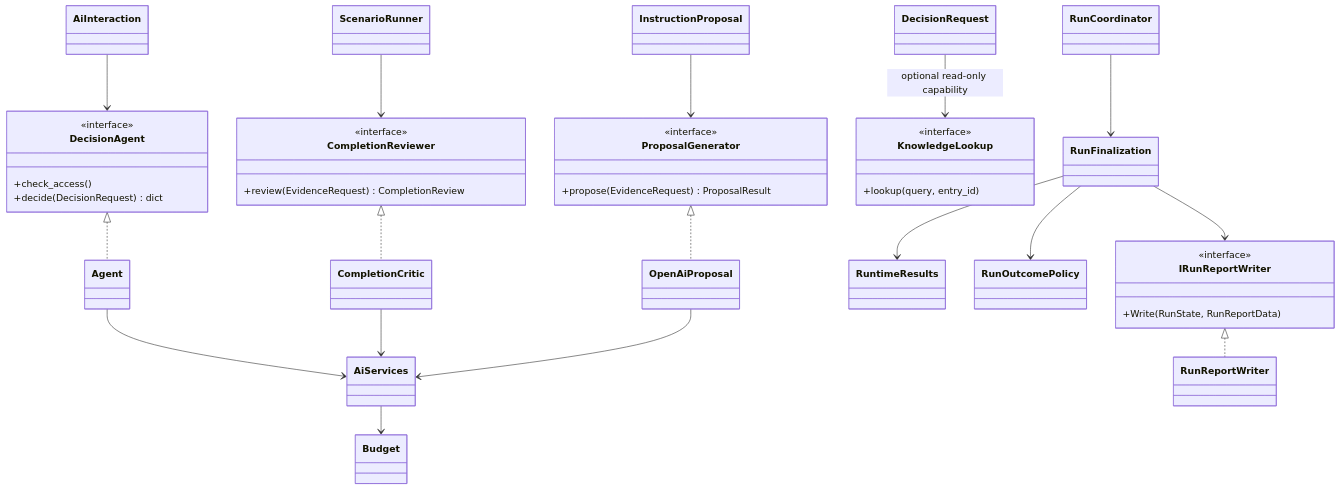
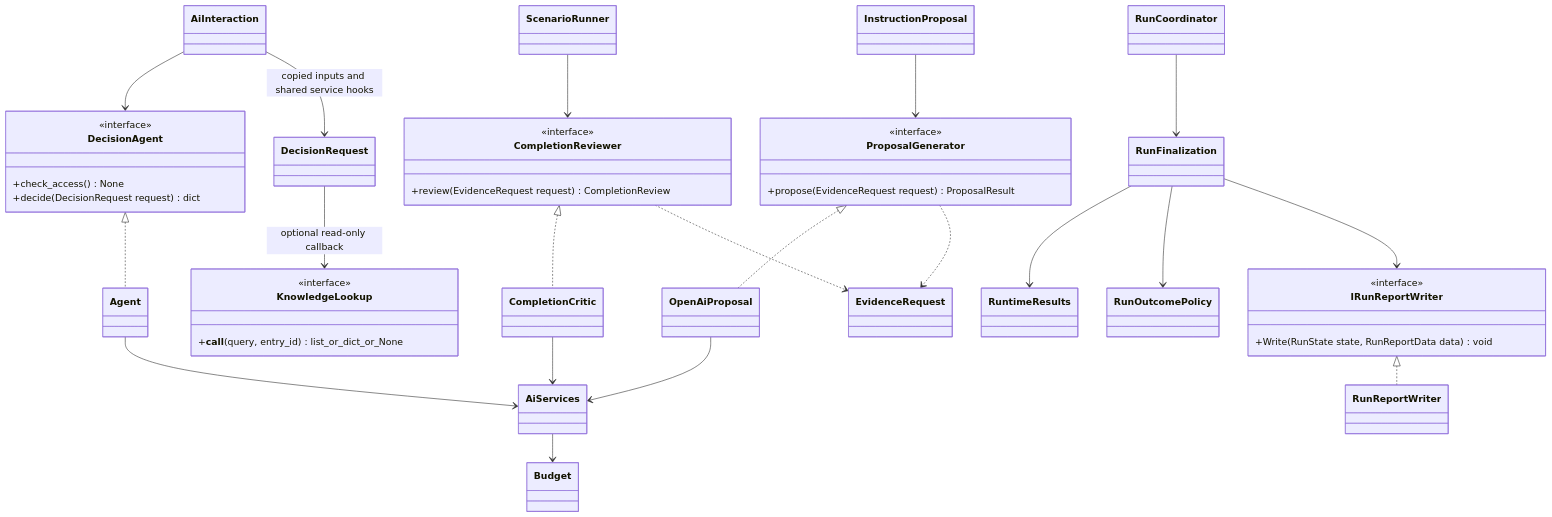
Before and after one commit to Richard032/CIMT: the second of 5 diagrams in docs/architecture-uml.md, drawn with Mermaid. The commit also changed other lines of this file and 16 other files, not shown here.

Commit message:
Align UML and requirements with TestPilot execution boundaries

````diff
--- a/docs/architecture-uml.md
+++ b/docs/architecture-uml.md
@@ -51,40 +61,43 @@
 ```mermaid
 classDiagram
     class DecisionAgent {
         <<interface>>
-        +check_access()
-        +decide(DecisionRequest) dict
+        +check_access() None
+        +decide(DecisionRequest request) dict
+    }
+    class KnowledgeLookup {
+        <<interface>>
+        +__call__(query, entry_id) list_or_dict_or_None
     }
     class CompletionReviewer {
         <<interface>>
-        +review(EvidenceRequest) CompletionReview
+        +review(EvidenceRequest request) CompletionReview
     }
     class ProposalGenerator {
         <<interface>>
-        +propose(EvidenceRequest) ProposalResult
+        +propose(EvidenceRequest request) ProposalResult
     }
     class IRunReportWriter {
         <<interface>>
-        +Write(RunState, RunReportData)
+        +Write(RunState state, RunReportData data) void
     }
-    class KnowledgeLookup {
-        <<interface>>
-        +lookup(query, entry_id)
-    }
-    DecisionRequest --> KnowledgeLookup : optional read-only capability
+    DecisionRequest --> KnowledgeLookup : optional read-only callback
     DecisionAgent <|.. Agent
     CompletionReviewer <|.. CompletionCritic
     ProposalGenerator <|.. OpenAiProposal
     IRunReportWriter <|.. RunReportWriter
     AiInteraction --> DecisionAgent
+    AiInteraction --> DecisionRequest : copied inputs and shared service hooks
     ScenarioRunner --> CompletionReviewer
+    CompletionReviewer ..> EvidenceRequest
+    ProposalGenerator ..> EvidenceRequest
     InstructionProposal --> ProposalGenerator
     Agent --> AiServices
     CompletionCritic --> AiServices
     OpenAiProposal --> AiServices
     AiServices --> Budget
     RunCoordinator --> RunFinalization
     RunFinalization --> RuntimeResults
     RunFinalization --> RunOutcomePolicy
     RunFinalization --> IRunReportWriter
 ```
````
